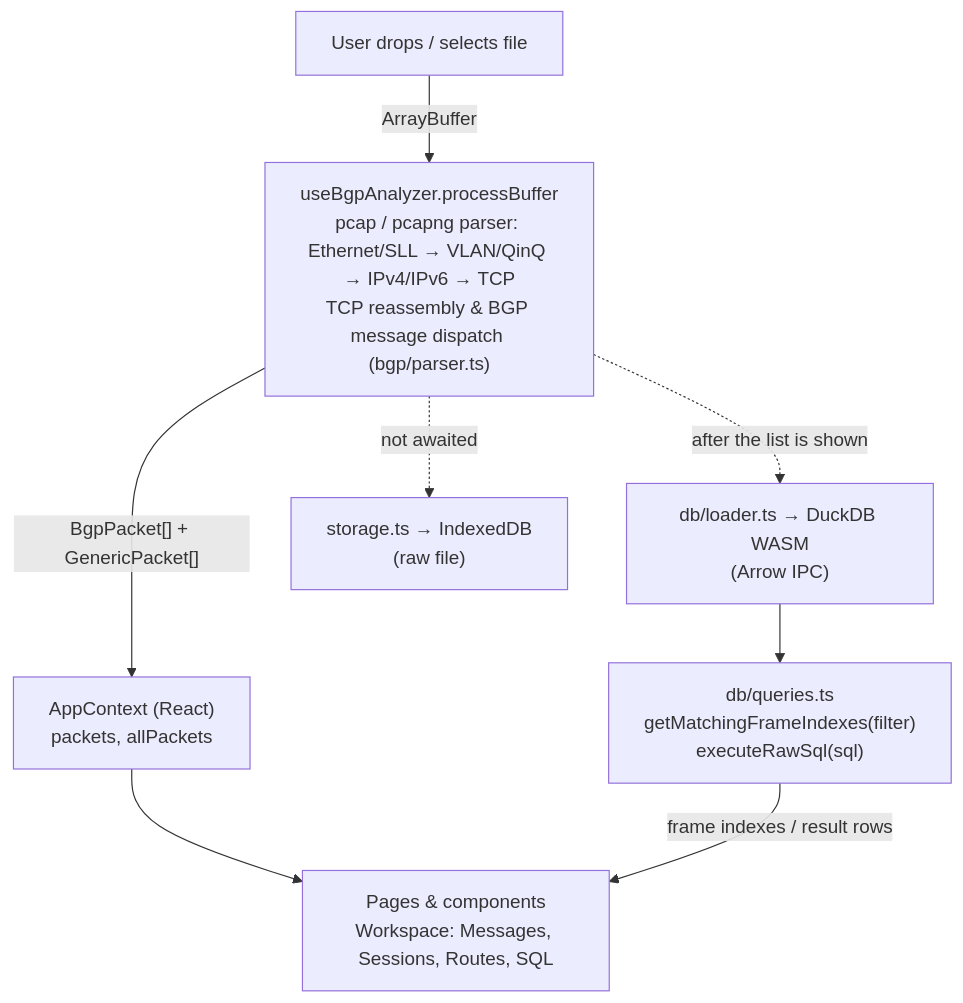
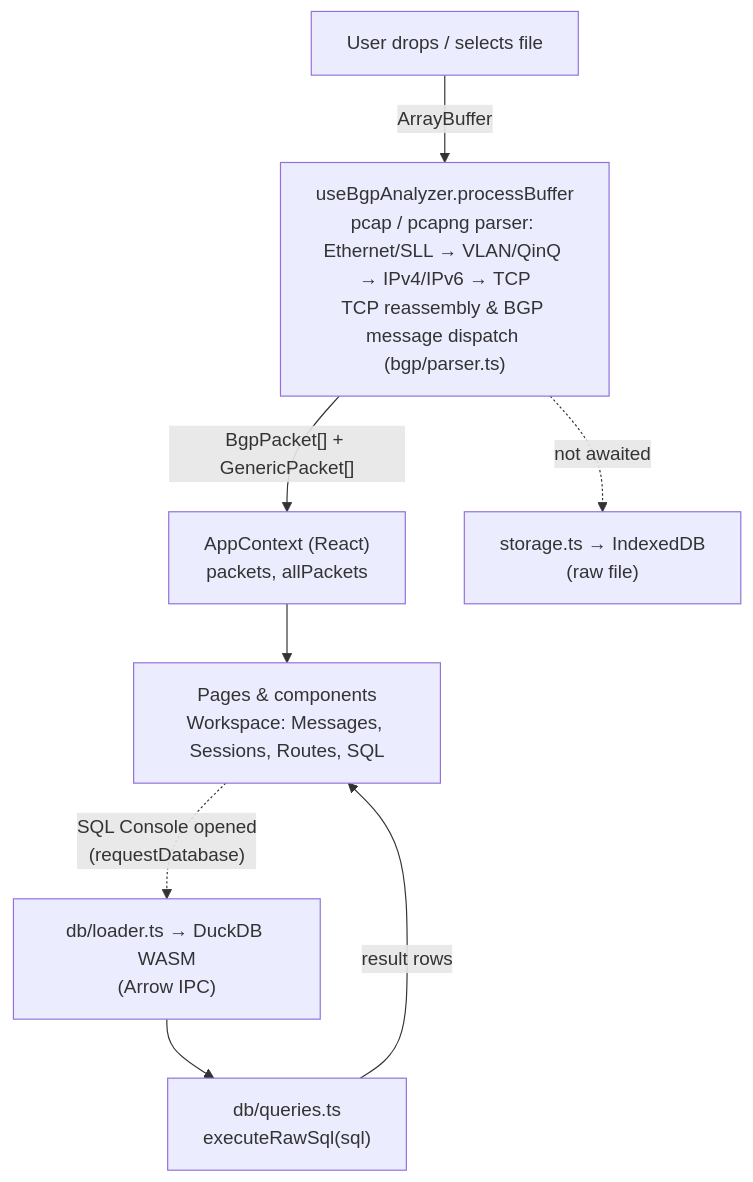
One commit to shmuto/bgpshark changed the diagram in docs/design.md. Above: the diagram before and after it, drawn with Mermaid. The commit also changed other lines of this file and 12 other files, not shown here.

First line of the commit message:
Describe on-demand DuckDB and the single filter backend

````diff
--- a/docs/design.md
+++ b/docs/design.md
@@ -247,10 +260,10 @@
 ```mermaid
 flowchart TB
     drop["User drops / selects file"] -- "ArrayBuffer" --> proc["useBgpAnalyzer.processBuffer<br/>pcap / pcapng parser: Ethernet/SLL → VLAN/QinQ → IPv4/IPv6 → TCP<br/>TCP reassembly & BGP message dispatch (bgp/parser.ts)"]
     proc -- "BgpPacket[] + GenericPacket[]" --> ctx["AppContext (React)<br/>packets, allPackets"]
-    proc -. "after the list is shown" .-> loader["db/loader.ts → DuckDB WASM<br/>(Arrow IPC)"]
+    pages -. "SQL Console opened<br/>(requestDatabase)" .-> loader["db/loader.ts → DuckDB WASM<br/>(Arrow IPC)"]
     proc -. "not awaited" .-> store["storage.ts → IndexedDB<br/>(raw file)"]
     ctx --> pages["Pages & components<br/>Workspace: Messages, Sessions, Routes, SQL"]
-    loader --> queries["db/queries.ts<br/>getMatchingFrameIndexes(filter)<br/>executeRawSql(sql)"]
-    queries -- "frame indexes / result rows" --> pages
+    loader --> queries["db/queries.ts<br/>executeRawSql(sql)"]
+    queries -- "result rows" --> pages
 ```
````
